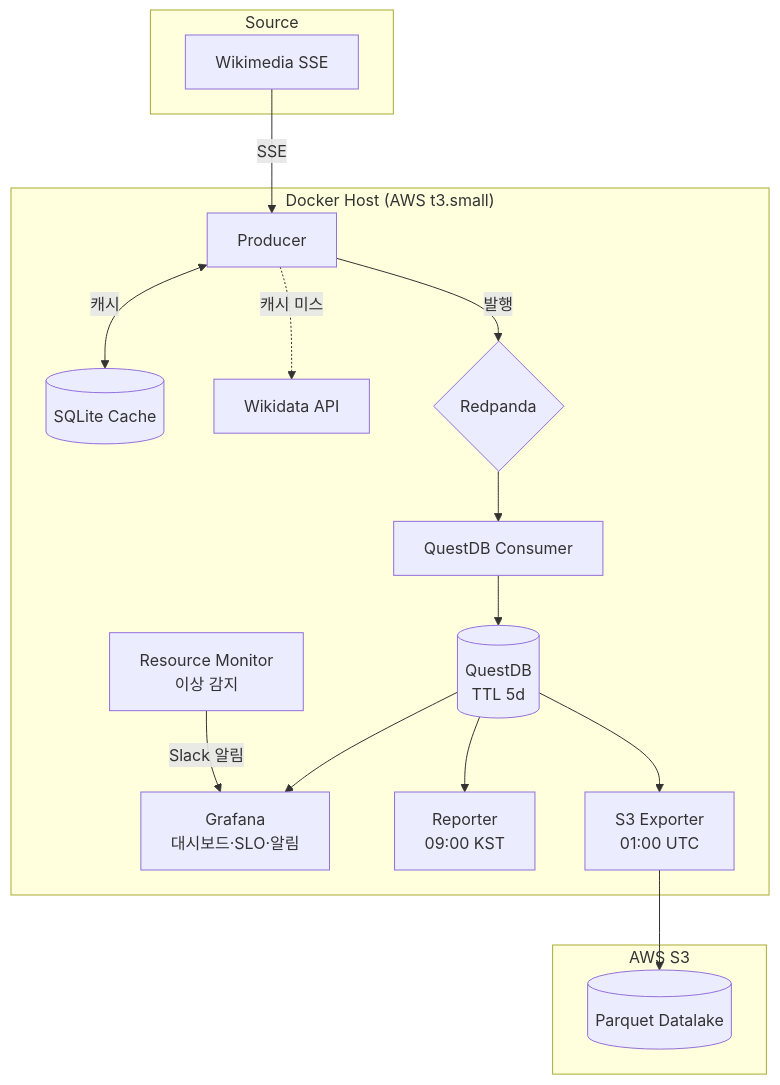
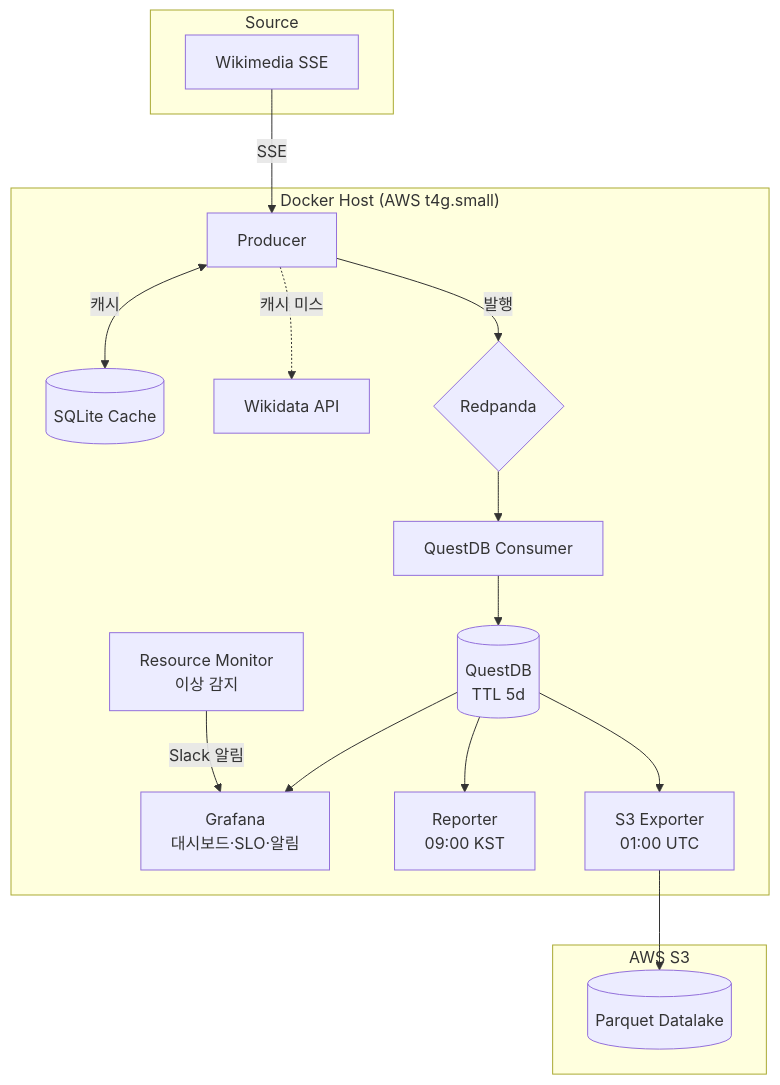
Before and after one commit to binnini/wikiStreams: the diagram in README.md, drawn with Mermaid. The commit also changed other lines of this file, not shown here.

First line of the commit message:
docs(readme): EC2 배포 섹션 추가 및 인스턴스 타입 수정 (t3.small → t4g.small)

````diff
--- a/README.md
+++ b/README.md
@@ -23,33 +23,33 @@
 ```mermaid
 graph TD
     subgraph Source
         A[Wikimedia SSE]
     end
 
-    subgraph "Docker Host (AWS t3.small)"
+    subgraph "Docker Host (AWS t4g.small)"
         B[Producer]
         C[(SQLite Cache)]
         D[Wikidata API]
         E{Redpanda}
         F[(QuestDB\nTTL 5d)]
         G[QuestDB Consumer]
         H[Grafana\n대시보드·SLO·알림]
         I[Reporter\n09:00 KST]
         J[Resource Monitor\n이상 감지]
         K[S3 Exporter\n01:00 UTC]
     end
 
     subgraph "AWS S3"
         L[(Parquet Datalake)]
     end
 
     A -->|SSE| B
     B <-->|캐시| C
     B -.->|캐시 미스| D
     B -->|발행| E
     E --> G --> F
     F --> H
     F --> I
     F --> K --> L
     J -->|Slack 알림| H
 ```
````
